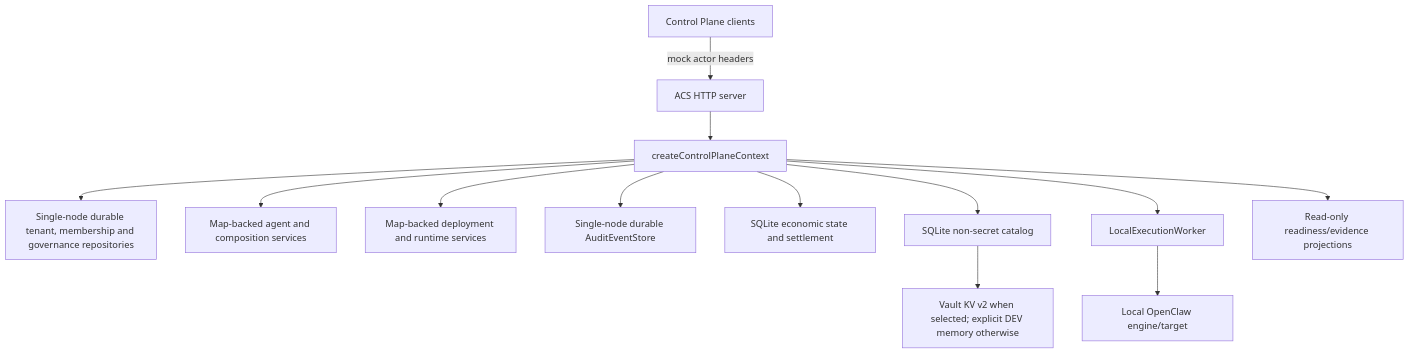
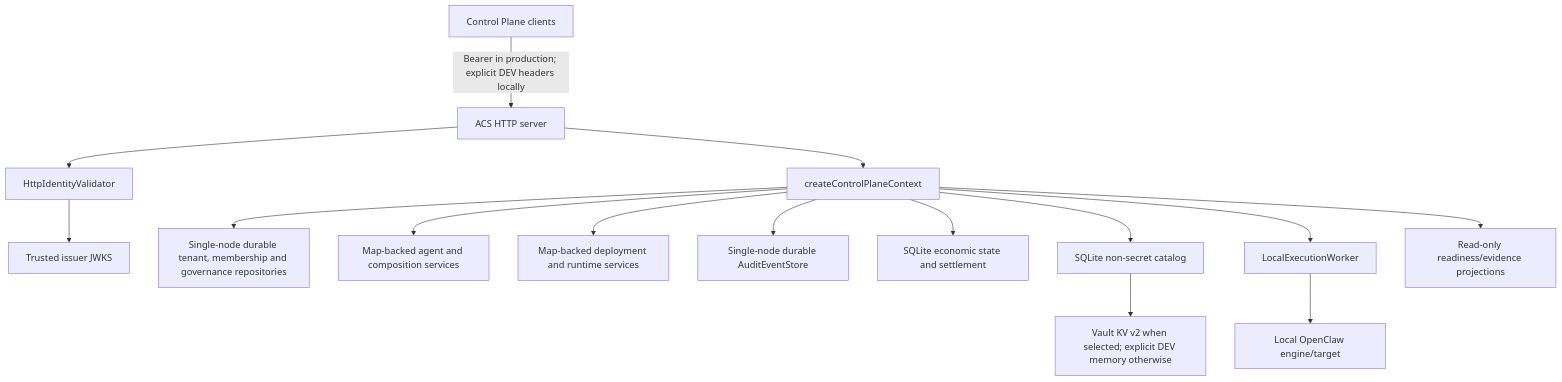
One commit to Axodus/ACS changed the first of 5 diagrams in docs/epics/epic-15-5/architecture-gap-review.md. Above: the diagram before and after it, drawn with Mermaid. The commit also changed other lines of this file and 19 other files, not shown here.

Commit message:
feat(epic-15.5): enforce trusted production http identity

````diff
--- a/docs/epics/epic-15-5/architecture-gap-review.md
+++ b/docs/epics/epic-15-5/architecture-gap-review.md
@@ -55,15 +55,17 @@
 ```mermaid
 flowchart TD
-  Browser[Control Plane clients] -->|mock actor headers| HTTP[ACS HTTP server]
+  Browser[Control Plane clients] -->|Bearer in production; explicit DEV headers locally| HTTP[ACS HTTP server]
+  HTTP --> Identity[HttpIdentityValidator]
+  Identity --> JWKS[Trusted issuer JWKS]
   HTTP --> Context[createControlPlaneContext]
   Context --> Tenant[Single-node durable tenant, membership and governance repositories]
   Context --> Agent[Map-backed agent and composition services]
   Context --> Deploy[Map-backed deployment and runtime services]
   Context --> Audit[Single-node durable AuditEventStore]
   Context --> Econ[SQLite economic state and settlement]
   Context --> SecretCatalog[SQLite non-secret catalog]
   SecretCatalog --> Secret[Vault KV v2 when selected; explicit DEV memory otherwise]
   Context --> Worker[LocalExecutionWorker]
   Worker --> Engine[Local OpenClaw engine/target]
   Context --> Evidence[Read-only readiness/evidence projections]
 ```
````
